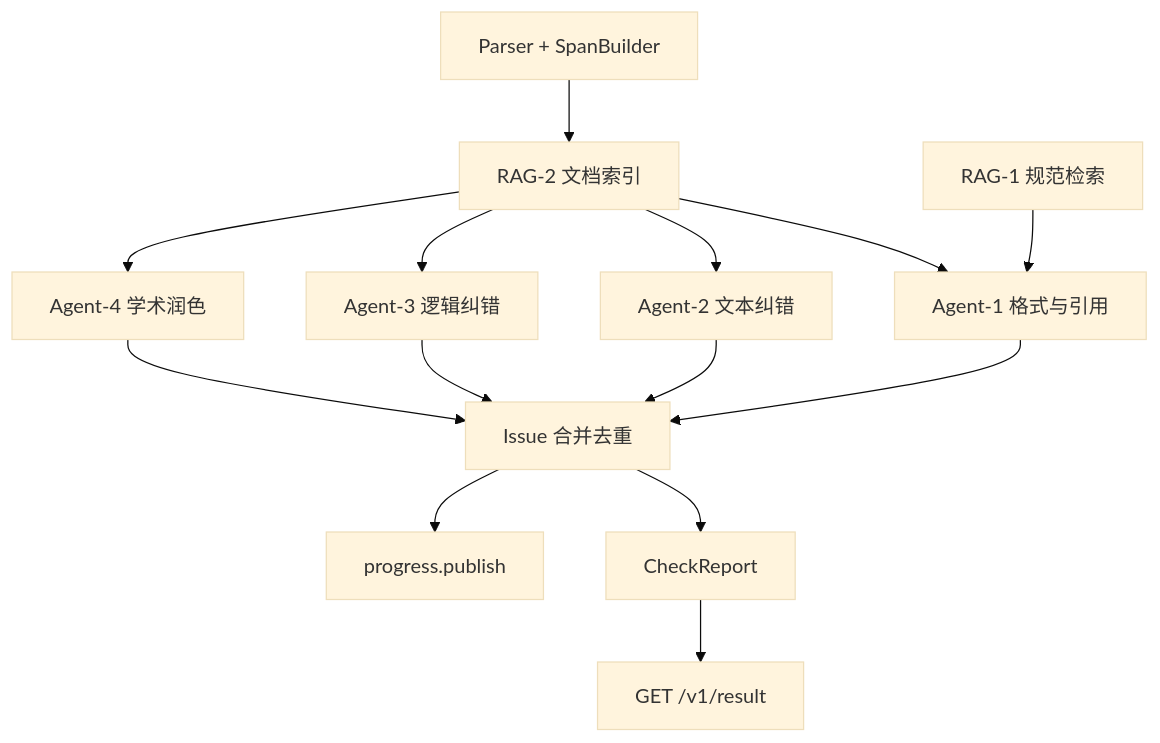
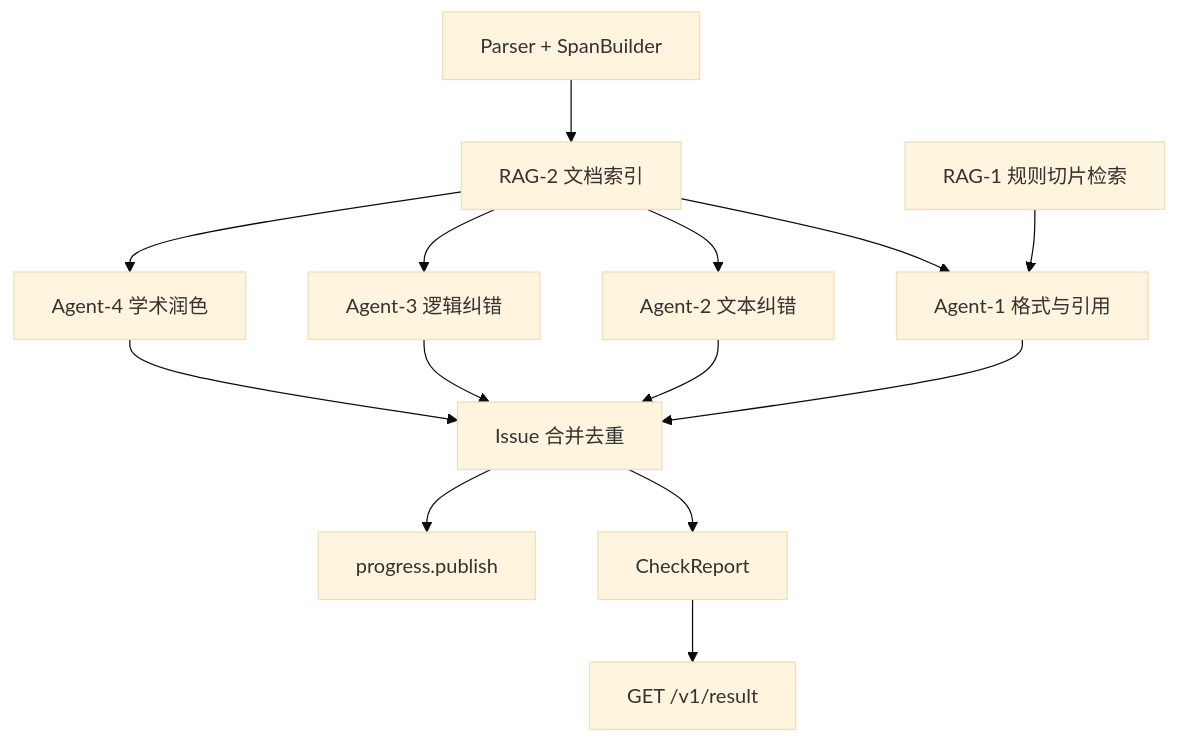
The first of 2 diagrams in docs/plans/agent-pipeline.md (TyrionXu-016/fudan-paper-check), drawn with Mermaid (base theme) before and after one commit. The commit also changed other lines of this file and 7 other files, not shown here.

````diff
--- a/docs/plans/agent-pipeline.md
+++ b/docs/plans/agent-pipeline.md
@@ -24,16 +24,16 @@
 ```mermaid
 flowchart TB
   Parse[Parser + SpanBuilder] --> DocIndex[RAG-2 文档索引]
   DocIndex --> A1[Agent-1 格式与引用]
   DocIndex --> A2[Agent-2 文本纠错]
   DocIndex --> A3[Agent-3 逻辑纠错]
   DocIndex --> A4[Agent-4 学术润色]
-  RAG1[RAG-1 规范检索] --> A1
+  RAG1[RAG-1 规则切片检索] --> A1
   A1 --> Merge[Issue 合并去重]
   A2 --> Merge
   A3 --> Merge
   A4 --> Merge
   Merge --> Report[CheckReport]
   Report --> API["GET /v1/result"]
   Merge --> SSE[progress.publish]
 ```
````
